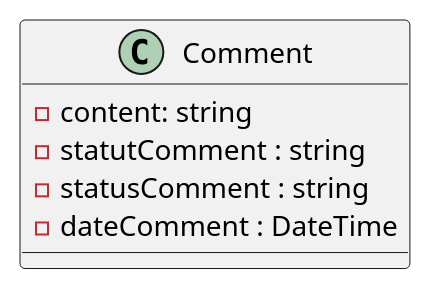
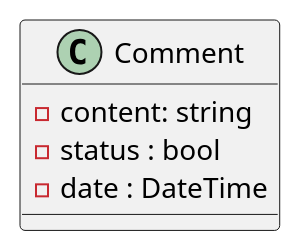
Before and after one commit to laurasullyalexandrine/the2dbubbles: the diagram in diagrammes-uml/Class/Comment.puml, drawn with PlantUML. The commit also changed 2 other files, not shown here.

```diff
--- a/diagrammes-uml/Class/Comment.puml
+++ b/diagrammes-uml/Class/Comment.puml
@@ -1,12 +1,11 @@
 @startuml Comment
 
 Class Comment {
 
     - content: string
-    - statutComment : string
-    - statusComment : string
-    - dateComment : DateTime 
+    - status : bool
+    - date : DateTime 
 
 }
 
 @enduml
```
